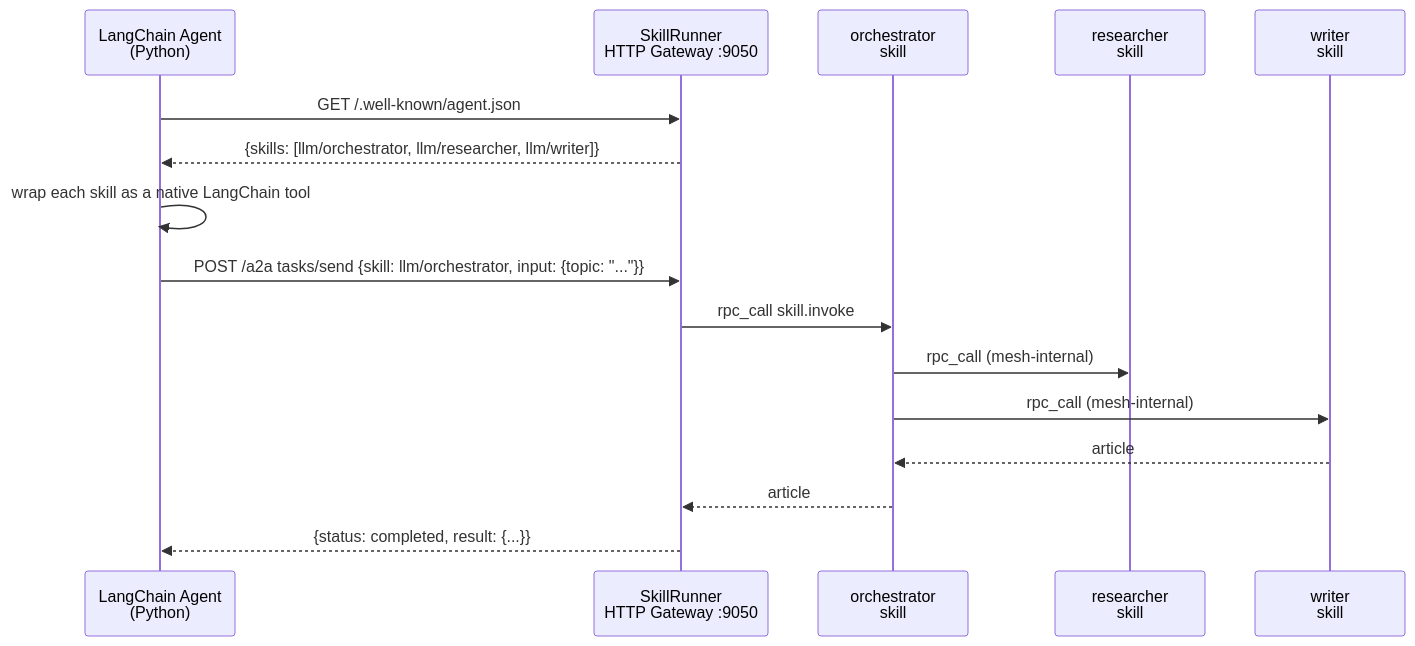
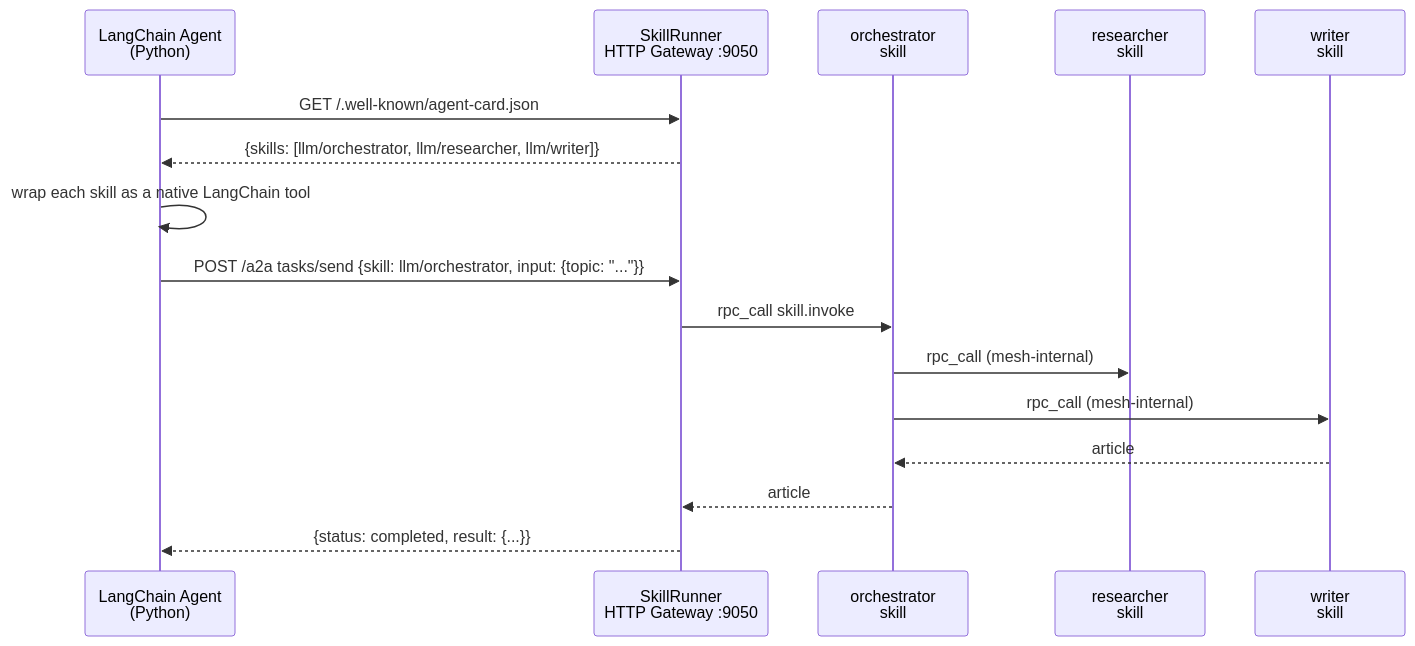
One commit to RichardTathata/mycelium changed the diagram in docs/guide/08-a2a-interop.md. Above: the diagram before and after it, drawn with Mermaid. The commit also changed other lines of this file and 22 other files, not shown here.

````diff
--- a/docs/guide/08-a2a-interop.md
+++ b/docs/guide/08-a2a-interop.md
@@ -29,19 +32,19 @@
 ```mermaid
 sequenceDiagram
     participant LC as LangChain Agent<br/>(Python)
     participant GW as SkillRunner<br/>HTTP Gateway :9050
     participant O as orchestrator<br/>skill
     participant R as researcher<br/>skill
     participant W as writer<br/>skill
 
-    LC->>GW: GET /.well-known/agent.json
+    LC->>GW: GET /.well-known/agent-card.json
     GW-->>LC: {skills: [llm/orchestrator, llm/researcher, llm/writer]}
     LC->>LC: wrap each skill as a native LangChain tool
     LC->>GW: POST /a2a tasks/send {skill: llm/orchestrator, input: {topic: "..."}}
     GW->>O: rpc_call skill.invoke
     O->>R: rpc_call (mesh-internal)
     O->>W: rpc_call (mesh-internal)
     W-->>O: article
     O-->>GW: article
     GW-->>LC: {status: completed, result: {...}}
 ```
````
